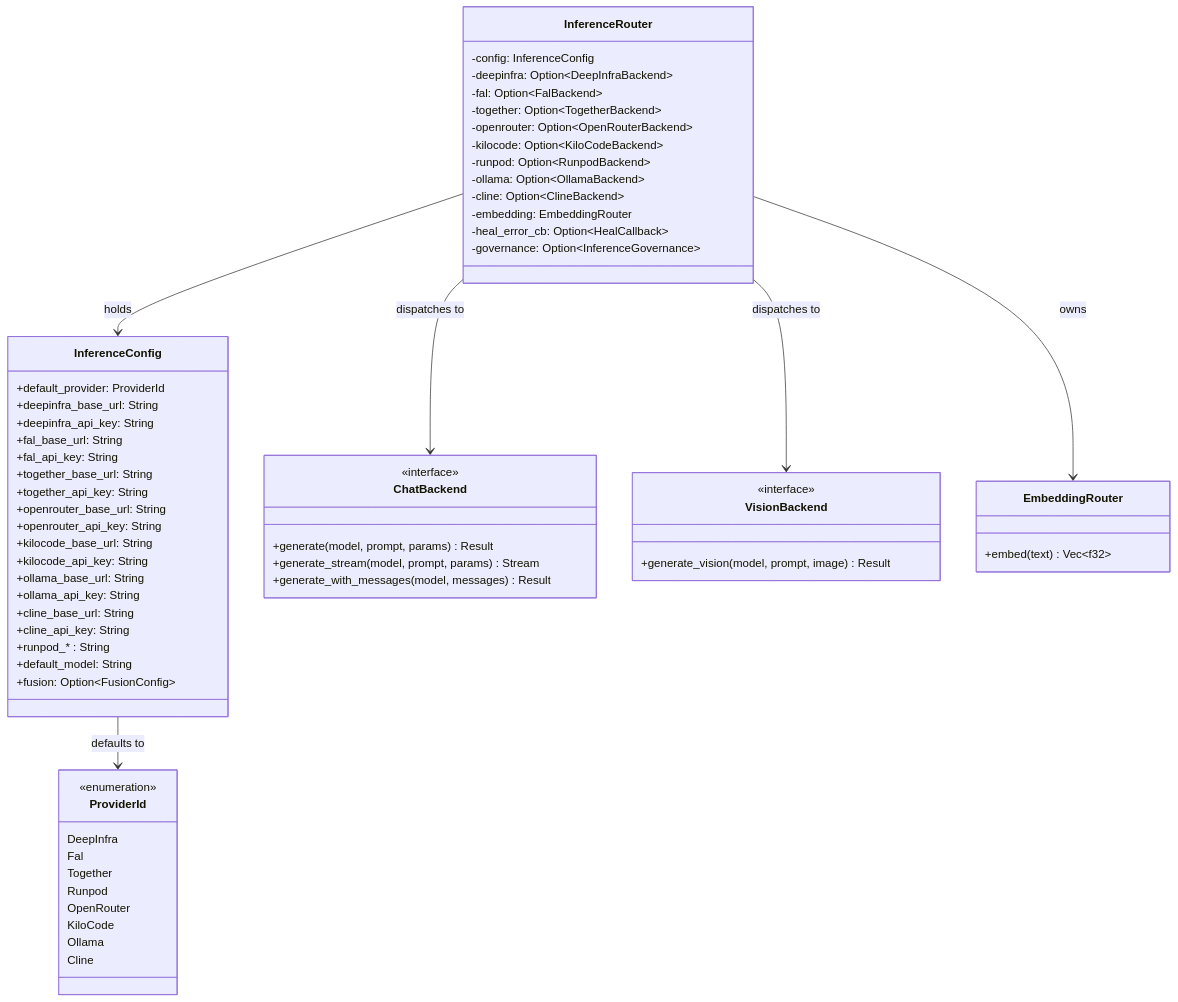
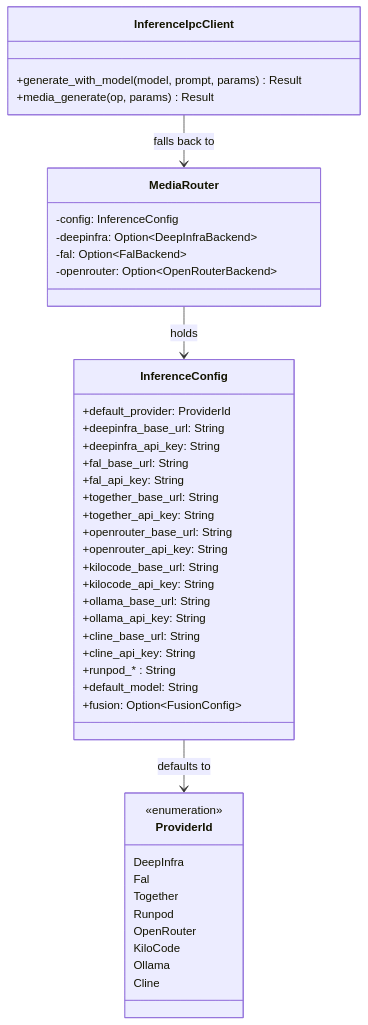
One commit to mdz-axo/zed-kask changed the diagram in kask/docs/diataxis/hkask-inference/reference.md. Above: the diagram before and after it, drawn with Mermaid. The commit also changed other lines of this file and 11 other files, not shown here.

````diff
--- a/kask/docs/diataxis/hkask-inference/reference.md
+++ b/kask/docs/diataxis/hkask-inference/reference.md
@@ -50,67 +50,48 @@
 ```mermaid
 classDiagram
     class ProviderId {
         <<enumeration>>
         DeepInfra
         Fal
         Together
         Runpod
         OpenRouter
         KiloCode
         Ollama
         Cline
     }
     class InferenceConfig {
         +default_provider: ProviderId
         +deepinfra_base_url: String
         +deepinfra_api_key: String
         +fal_base_url: String
         +fal_api_key: String
         +together_base_url: String
         +together_api_key: String
         +openrouter_base_url: String
         +openrouter_api_key: String
         +kilocode_base_url: String
         +kilocode_api_key: String
         +ollama_base_url: String
         +ollama_api_key: String
         +cline_base_url: String
         +cline_api_key: String
         +runpod_* : String
         +default_model: String
         +fusion: Option~FusionConfig~
     }
-    class InferenceRouter {
+    class MediaRouter {
         -config: InferenceConfig
         -deepinfra: Option~DeepInfraBackend~
         -fal: Option~FalBackend~
-        -together: Option~TogetherBackend~
         -openrouter: Option~OpenRouterBackend~
-        -kilocode: Option~KiloCodeBackend~
-        -runpod: Option~RunpodBackend~
-        -ollama: Option~OllamaBackend~
-        -cline: Option~ClineBackend~
-        -embedding: EmbeddingRouter
-        -heal_error_cb: Option~HealCallback~
-        -governance: Option~InferenceGovernance~
     }
-    class ChatBackend {
-        <<interface>>
-        +generate(model, prompt, params) Result
-        +generate_stream(model, prompt, params) Stream
-        +generate_with_messages(model, messages) Result
-    }
-    class VisionBackend {
-        <<interface>>
-        +generate_vision(model, prompt, image) Result
-    }
-    class EmbeddingRouter {
-        +embed(text) Vec~f32~
+    class InferenceIpcClient {
+        +generate_with_model(model, prompt, params) Result
+        +media_generate(op, params) Result
     }
 
-    InferenceRouter --> InferenceConfig : holds
-    InferenceRouter --> ChatBackend : dispatches to
-    InferenceRouter --> VisionBackend : dispatches to
-    InferenceRouter --> EmbeddingRouter : owns
+    MediaRouter --> InferenceConfig : holds
+    InferenceIpcClient --> MediaRouter : falls back to
     InferenceConfig --> ProviderId : defaults to
 ```
````
